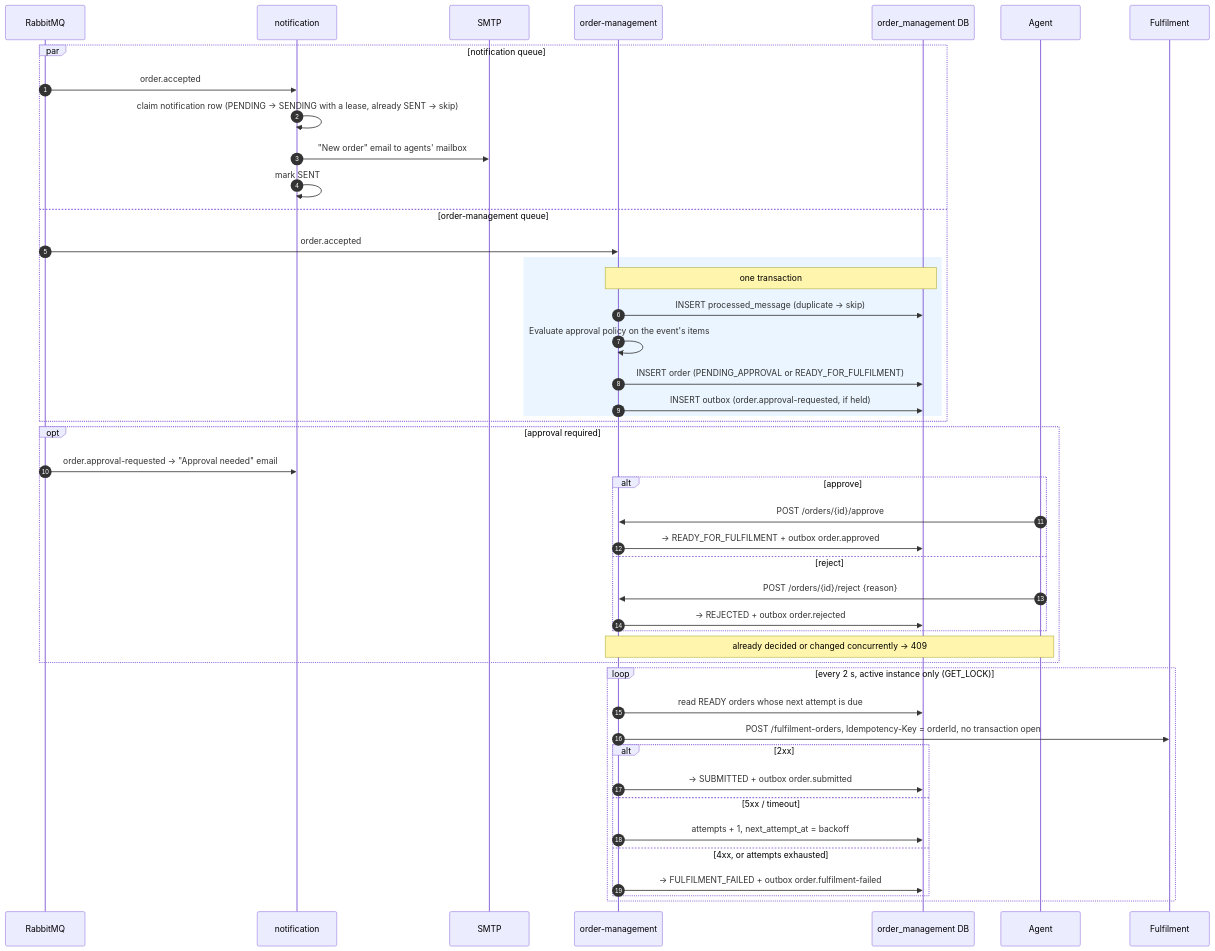
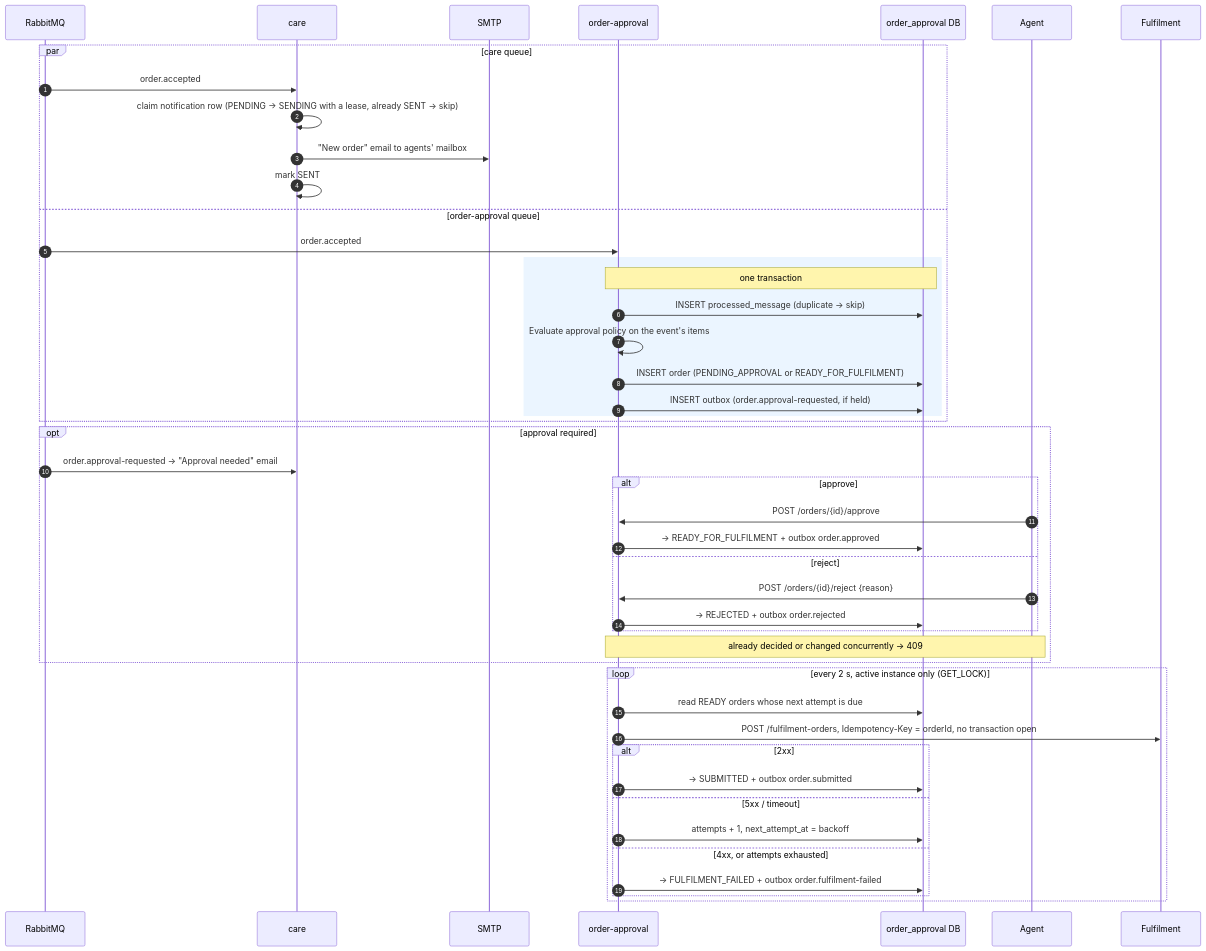
The fourth of 5 diagrams in docs/ARCHITECTURE.md (supriyathakur28/Melita), drawn with Mermaid before and after one commit. The commit also changed other lines of this file and 4 other files, not shown here.

First line of the commit message:
Document the four-service architecture; check Fulfilment in Postman

````diff
--- a/docs/ARCHITECTURE.md
+++ b/docs/ARCHITECTURE.md
@@ -239,51 +242,51 @@
 ```mermaid
 sequenceDiagram
     autonumber
     participant MQ as RabbitMQ
-    participant NS as notification
+    participant NS as care
     participant SMTP
-    participant OM as order-management
-    participant DB as order_management DB
+    participant OM as order-approval
+    participant DB as order_approval DB
     participant Agent
     participant FUL as Fulfilment
 
-    par notification queue
+    par care queue
         MQ->>NS: order.accepted
         NS->>NS: claim notification row (PENDING → SENDING with a lease, already SENT → skip)
         NS->>SMTP: "New order" email to agents' mailbox
         NS->>NS: mark SENT
-    and order-management queue
+    and order-approval queue
         MQ->>OM: order.accepted
         rect rgb(235,245,255)
         note over OM,DB: one transaction
         OM->>DB: INSERT processed_message (duplicate → skip)
         OM->>OM: Evaluate approval policy on the event's items
         OM->>DB: INSERT order (PENDING_APPROVAL or READY_FOR_FULFILMENT)
         OM->>DB: INSERT outbox (order.approval-requested, if held)
         end
     end
 
     opt approval required
         MQ->>NS: order.approval-requested → "Approval needed" email
         alt approve
             Agent->>OM: POST /orders/{id}/approve
             OM->>DB: → READY_FOR_FULFILMENT + outbox order.approved
         else reject
             Agent->>OM: POST /orders/{id}/reject {reason}
             OM->>DB: → REJECTED + outbox order.rejected
         end
         note over Agent,OM: already decided or changed concurrently → 409
     end
 
     loop every 2 s, active instance only (GET_LOCK)
         OM->>DB: read READY orders whose next attempt is due
         OM->>FUL: POST /fulfilment-orders, Idempotency-Key = orderId, no transaction open
         alt 2xx
             OM->>DB: → SUBMITTED + outbox order.submitted
         else 5xx / timeout
             OM->>DB: attempts + 1, next_attempt_at = backoff
         else 4xx, or attempts exhausted
             OM->>DB: → FULFILMENT_FAILED + outbox order.fulfilment-failed
         end
     end
 ```
````
